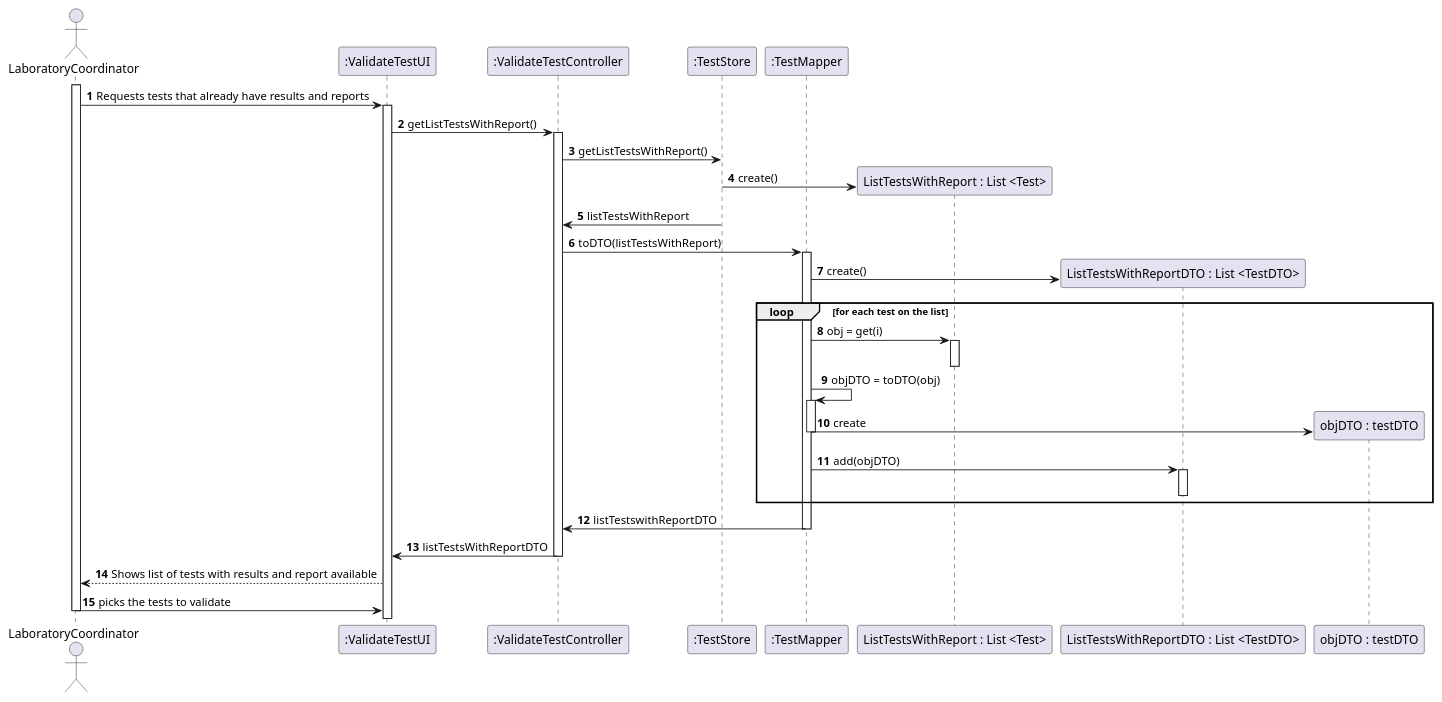
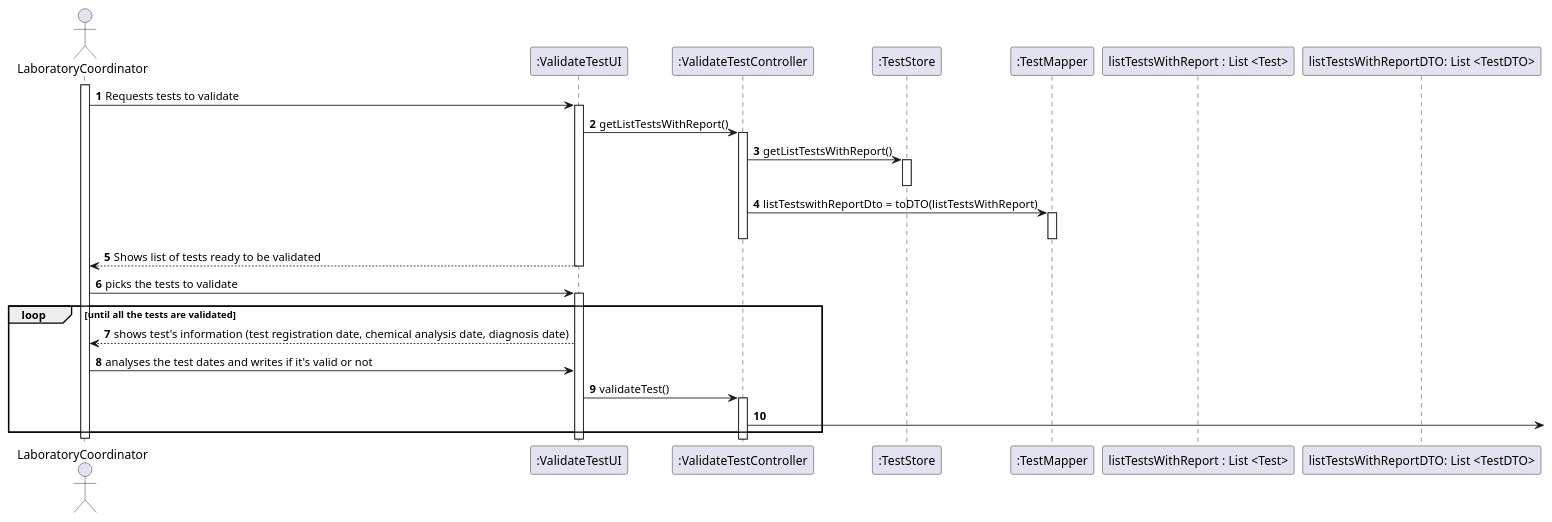
Before and after one commit to MadDinosaur/ISEP-LAPR2: the diagram in docs/SprintC/US15/US15_SD.puml, drawn with PlantUML. The commit also changed 2 other files, not shown here.

```diff
--- a/docs/SprintC/US15/US15_SD.puml
+++ b/docs/SprintC/US15/US15_SD.puml
@@ -1,57 +1,43 @@
 @startuml
 
 autonumber
 
-actor LaboratoryCoordinator as labCo
+actor LaboratoryCoordinator as LABCO
 participant ":ValidateTestUI" as UI
-participant ":ValidateTestController" as Controller
-participant ":TestStore" as store
-participant ":TestMapper" as map
-participant "ListTestsWithReport : List <Test>" as testList
-participant "ListTestsWithReportDTO : List <TestDTO>" as testList
-participant "ListTestsWithReportDTO : List <TestDTO>" as testListDTO
-participant "objDTO : testDTO" as testDTO
+participant ":ValidateTestController" as CTRL
+participant ":TestStore" as STORE
+participant ":TestMapper" as MAP
+participant "listTestsWithReport : List <Test>" as testList
+participant "listTestsWithReportDTO: List <TestDTO>" as testListDTO
 
-activate labCo
-labCo -> UI: Requests tests that already have results and reports
+activate LABCO
+LABCO -> UI: Requests tests to validate
 activate UI
-UI -> Controller: getListTestsWithReport()
-activate Controller
-Controller -> store: getListTestsWithReport()
-create testList
-store -> testList: create()
-store -> Controller: listTestsWithReport
-Controller -> map: toDTO(listTestsWithReport)
-activate map
-create testListDTO
-map -> testListDTO: create()
-loop for each test on the list
-map -> testList: obj = get(i)
-activate testList
-deactivate testList
-map -> map: objDTO = toDTO(obj)
-activate map
-create testDTO
-map -> testDTO: create
-deactivate map
-map -> testListDTO: add(objDTO)
-activate testListDTO
-deactivate testListDTO
+UI -> CTRL: getListTestsWithReport()
+activate CTRL
+CTRL -> STORE: getListTestsWithReport()
+activate STORE
+deactivate STORE
+
+CTRL -> MAP: listTestswithReportDto = toDTO(listTestsWithReport)
+activate MAP
+deactivate MAP
+
+deactivate CTRL
+UI --> LABCO: Shows list of tests ready to be validated
+deactivate UI
+LABCO -> UI: picks the tests to validate
+loop until all the tests are validated
+activate UI
+UI --> LABCO: shows test's information (test registration date, chemical analysis date, diagnosis date)
+LABCO -> UI: analyses the test dates and writes if it's valid or not
+UI -> CTRL: validateTest()
+activate CTRL
+CTRL ->
+
 end loop
-activate testList
-deactivate testList
-map -> Controller: listTestswithReportDTO
-deactivate map
-Controller -> UI: listTestsWithReportDTO
-deactivate Controller
-UI --> labCo: Shows list of tests with results and report available
-labCo -> UI: picks the tests to validate
 
-
-
-
-
-deactivate labCo
+deactivate LABCO
 
 
 @enduml
```
